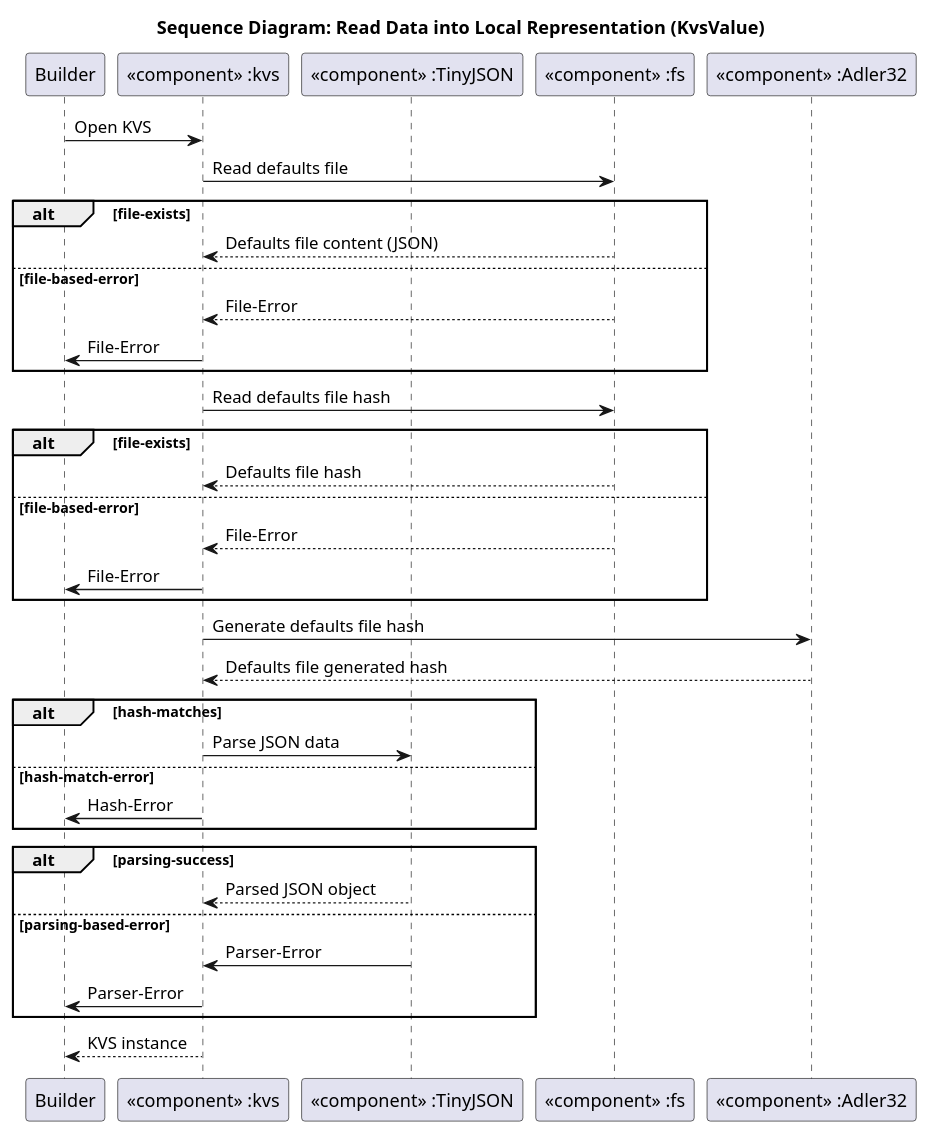
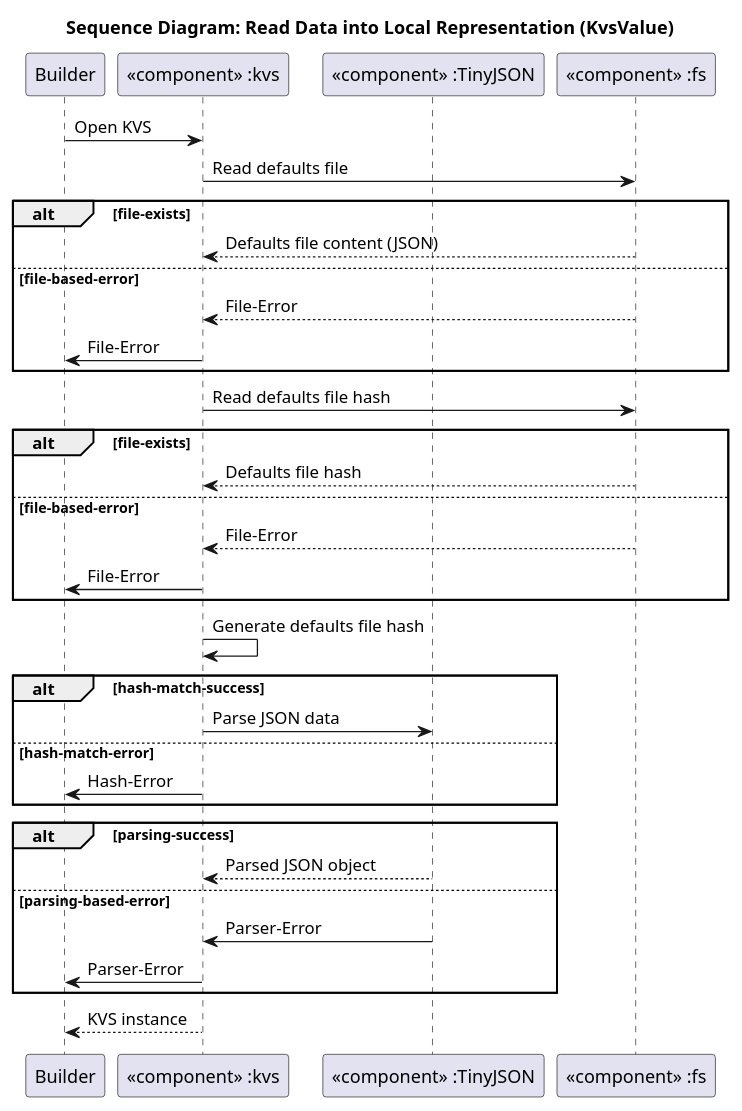
One commit to umaucher/score changed the diagram in docs/features/persistency/kvs/architecture/_assets/kvs_dyn_read_file_into_local_repr.puml. Above: the diagram before and after it, drawn with PlantUML. The commit also changed 4 other files, not shown here.

Commit message:
persistency_kvs: synced components in feature architecture

```diff
--- a/docs/features/persistency/kvs/architecture/_assets/kvs_dyn_read_file_into_local_repr.puml
+++ b/docs/features/persistency/kvs/architecture/_assets/kvs_dyn_read_file_into_local_repr.puml
@@ -1,49 +1,47 @@
 @startuml
 
 title Sequence Diagram: Read Data into Local Representation (KvsValue)
 
 participant "Builder" as actor
 participant "«component» :kvs" as kvs
 participant "«component» :TinyJSON" as json_parser
 participant "«component» :fs" as fs
-participant "«component» :Adler32" as hasher
 
 actor -> kvs: Open KVS
 
 kvs -> fs: Read defaults file
 
 alt file-exists
     fs --> kvs: Defaults file content (JSON)
 else file-based-error
     fs --> kvs: File-Error
     kvs -> actor: File-Error
 end
 
 kvs -> fs: Read defaults file hash
 
 alt file-exists
     fs --> kvs: Defaults file hash
 else file-based-error
     fs --> kvs: File-Error
     kvs -> actor: File-Error
 end
 
-kvs -> hasher: Generate defaults file hash
-hasher --> kvs: Defaults file generated hash
+kvs -> kvs: Generate defaults file hash
 
-alt hash-matches
+alt hash-match-success
     kvs -> json_parser: Parse JSON data
 else hash-match-error
     kvs -> actor: Hash-Error
 end
 
 alt parsing-success
     json_parser --> kvs: Parsed JSON object
 else parsing-based-error
     json_parser -> kvs: Parser-Error
     kvs -> actor: Parser-Error
 end
 
 kvs --> actor: KVS instance
 
 @enduml
```
